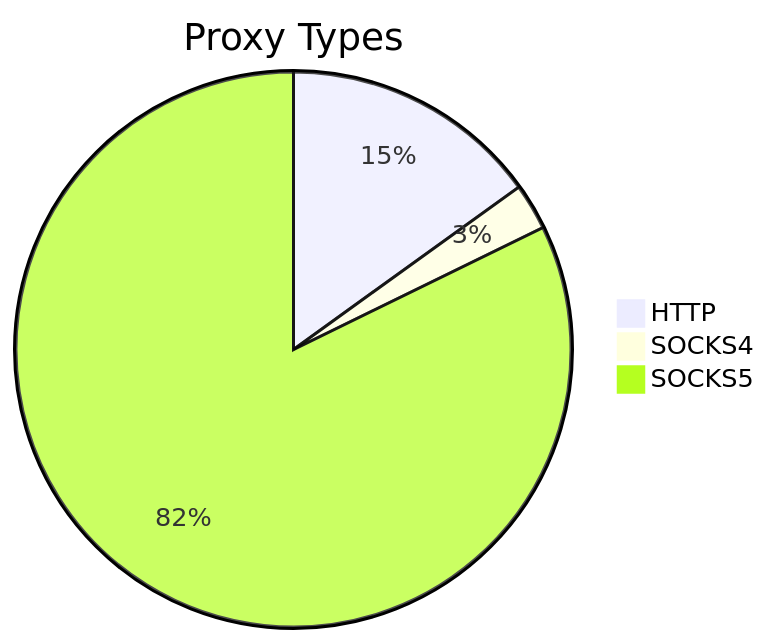
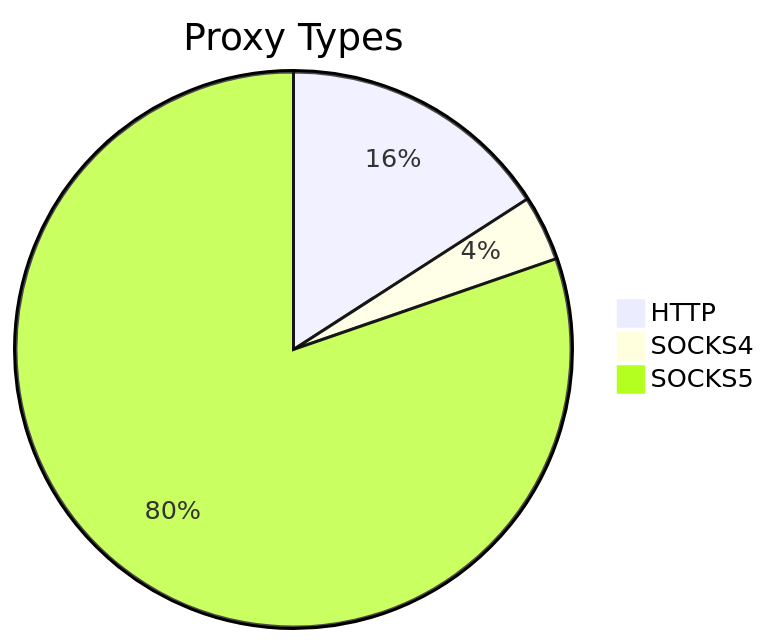
One commit to stormsia/proxy-list changed the first of 2 diagrams in README.md. Above: the diagram before and after it, drawn with Mermaid. The commit also changed other lines of this file, not shown here.

````diff
--- a/README.md
+++ b/README.md
@@ -21,6 +21,6 @@
 ```mermaid
 pie title Proxy Types
-    "HTTP" : 89
-    "SOCKS4" : 16
-    "SOCKS5" : 486
+    "HTTP" : 96
+    "SOCKS4" : 23
+    "SOCKS5" : 485
 ```
````
